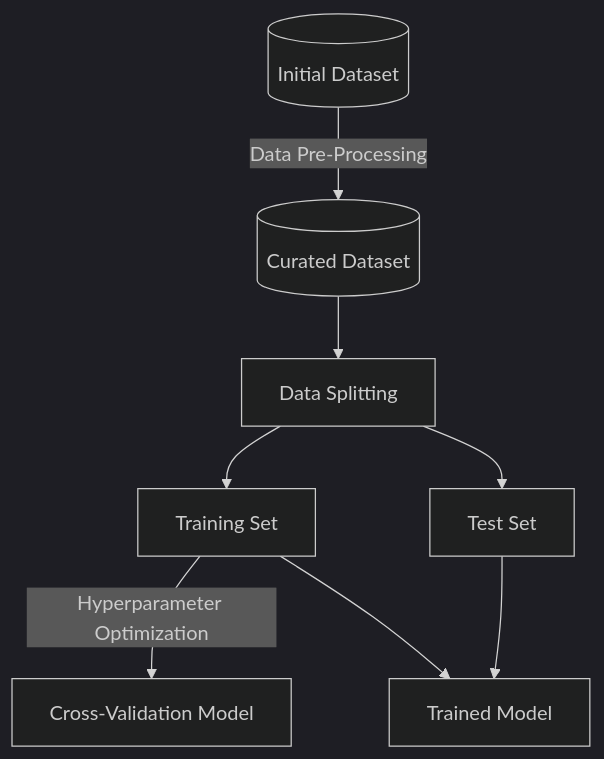
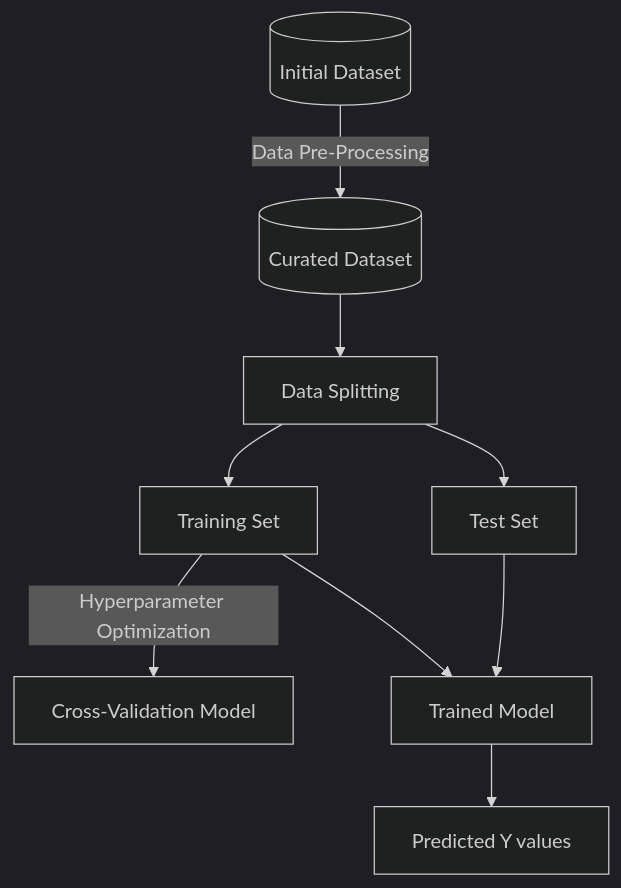
One commit to dataprofessor/mermaid changed the third of 3 diagrams in README.md. Above: the diagram before and after it, drawn with Mermaid (dark theme).

````diff
--- a/README.md
+++ b/README.md
@@ -29,10 +29,11 @@
 ```mermaid
 flowchart TD
     data[(Initial Dataset)] --Data Pre-Processing-->  data2[(Curated Dataset)]
     data2 --> split[Data Splitting]
     split --> train[Training Set]
     split --> test[Test Set]
     train --Hyperparameter Optimization--> E[Cross-Validation Model]
     train --> trained[Trained Model]
     test --> trained[Trained Model]
+    trained --> predicted[Predicted Y values]
 ```
````
